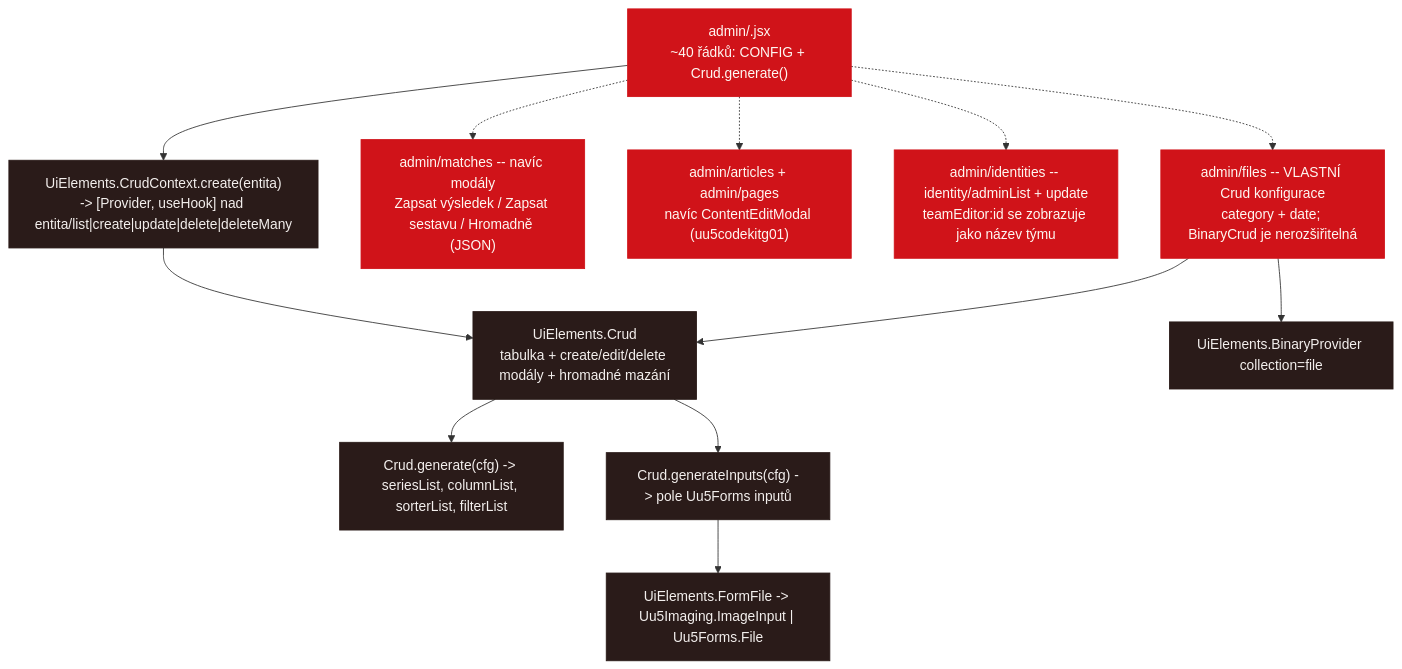
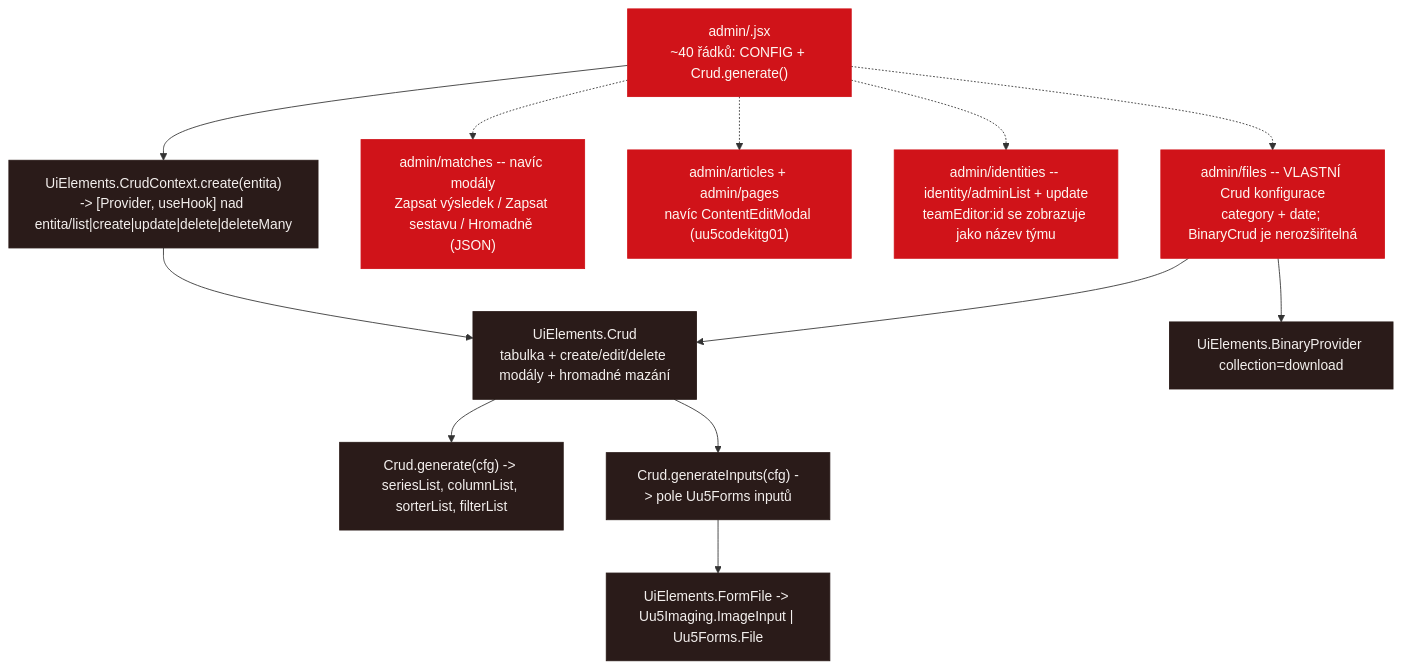
The tenth of 10 diagrams in design/component-tree.md (capo00/afkbratcice), drawn with Mermaid before and after one commit. The commit also changed 24 other files, not shown here.

````diff
--- a/design/component-tree.md
+++ b/design/component-tree.md
@@ -457,25 +457,25 @@
 ```mermaid
 flowchart TD
   gen["admin/<entita>.jsx<br/>~40 řádků: CONFIG + Crud.generate()"]:::own
   ctx["UiElements.CrudContext.create(entita)<br/>-> [Provider, useHook] nad entita/list|create|update|delete|deleteMany"]:::caio
   crud["UiElements.Crud<br/>tabulka + create/edit/delete modály + hromadné mazání"]:::caio
   gencol["Crud.generate(cfg) -> seriesList, columnList, sorterList, filterList"]:::caio
   geninp["Crud.generateInputs(cfg) -> pole Uu5Forms inputů"]:::caio
   ff["UiElements.FormFile -> Uu5Imaging.ImageInput | Uu5Forms.File"]:::caio
-  bprov["UiElements.BinaryProvider collection=file"]:::caio
+  bprov["UiElements.BinaryProvider collection=download"]:::caio
 
   spec1["admin/matches -- navíc modály<br/>Zapsat výsledek / Zapsat sestavu / Hromadně (JSON)"]:::own
   spec2["admin/articles + admin/pages<br/>navíc ContentEditModal (uu5codekitg01)"]:::own
   spec3["admin/identities -- identity/adminList + update<br/>teamEditor:id se zobrazuje jako název týmu"]:::own
   spec4["admin/files -- VLASTNÍ Crud konfigurace<br/>category + date; BinaryCrud je nerozšiřitelná"]:::own
 
   gen --> ctx --> crud
   crud --> gencol & geninp
   geninp --> ff
   spec4 --> bprov
   spec4 --> crud
   gen -.-> spec1 & spec2 & spec3 & spec4
 
   classDef own fill:#D01319,color:#FEF7F2,stroke:#D01319
   classDef caio fill:#2A1B19,color:#F3EFED,stroke:#2A1B19
 ```
````
